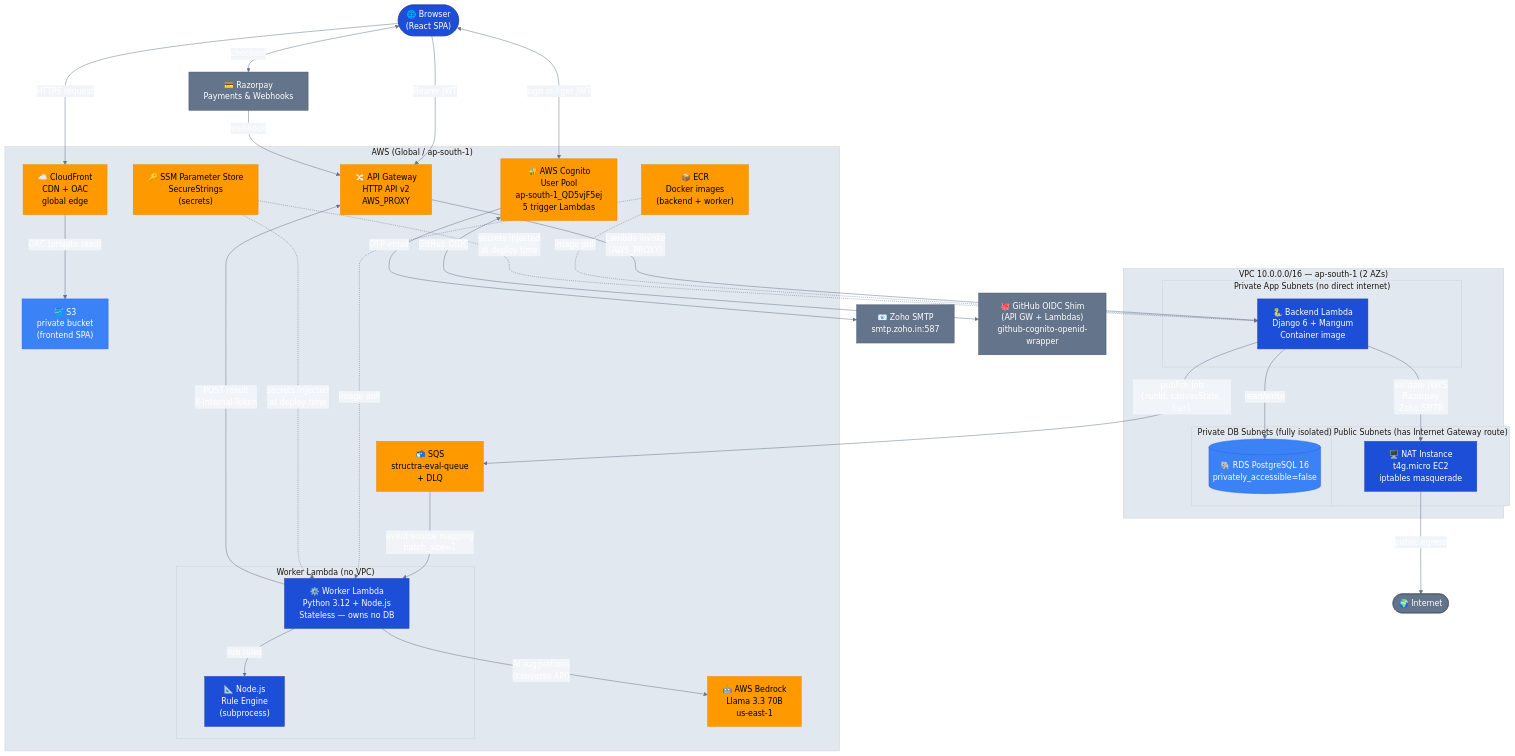
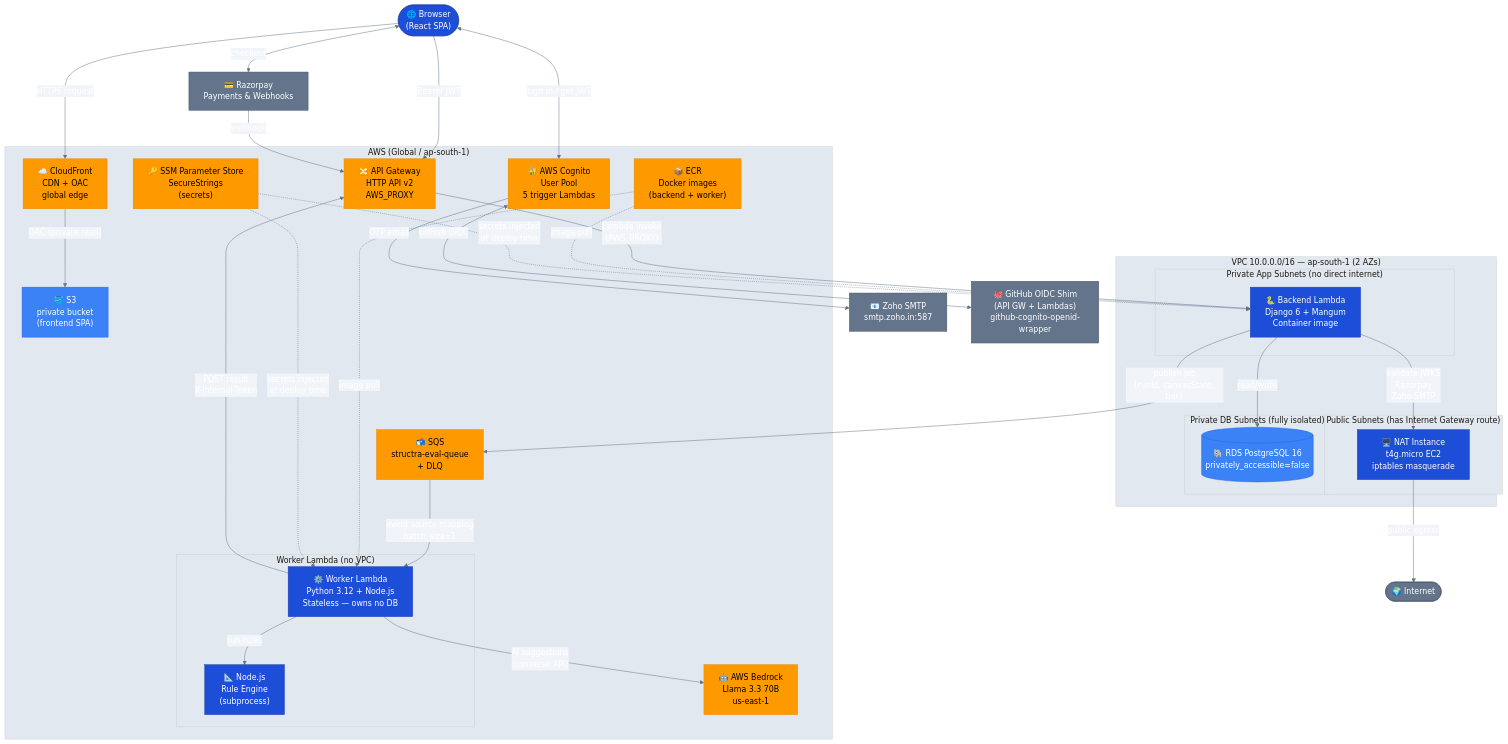
One commit to dibyajyoti-chakrabarti/structra changed the diagram in project-documentation/assets/architecture.mmd. Above: the diagram before and after it, drawn with Mermaid. The commit also changed 9 other files, not shown here.

```diff
--- a/project-documentation/assets/architecture.mmd
+++ b/project-documentation/assets/architecture.mmd
@@ -1,93 +1,93 @@
 %%{init: {"theme": "base", "themeVariables": {"primaryColor": "#1d4ed8", "primaryTextColor": "#ffffff", "primaryBorderColor": "#1e40af", "lineColor": "#64748b", "secondaryColor": "#f1f5f9", "tertiaryColor": "#e2e8f0"}} }%%
 flowchart TD
     %% ── External actors ──────────────────────────────────────────────
     Browser(["🌐 Browser\n(React SPA)"])
     Internet(["🌍 Internet"])
 
     %% ── AWS managed services (outside VPC) ───────────────────────────
     subgraph AWS_Global["AWS (Global / ap-south-1)"]
-        Cognito["🔐 AWS Cognito\nUser Pool\nap-south-1_QD5vjF5ej\n5 trigger Lambdas"]
+        Cognito["🔐 AWS Cognito\nUser Pool\n5 trigger Lambdas"]
         CF["☁️ CloudFront\nCDN + OAC\nglobal edge"]
         S3["🪣 S3\nprivate bucket\n(frontend SPA)"]
         APIGW["🔀 API Gateway\nHTTP API v2\nAWS_PROXY"]
         SQS["📬 SQS\nstructra-eval-queue\n+ DLQ"]
         SSM["🔑 SSM Parameter Store\nSecureStrings\n(secrets)"]
         ECR["📦 ECR\nDocker images\n(backend + worker)"]
 
         %% ── Worker Lambda (no VPC) ───────────────────────────────────
         subgraph WorkerLambda["Worker Lambda (no VPC)"]
             WLambda["⚙️ Worker Lambda\nPython 3.12 + Node.js\nStateless — owns no DB"]
             RuleEngine["📐 Node.js\nRule Engine\n(subprocess)"]
             WLambda -->|"run rules"| RuleEngine
         end
 
         Bedrock["🤖 AWS Bedrock\nLlama 3.3 70B\nus-east-1"]
     end
 
     %% ── VPC ──────────────────────────────────────────────────────────
     subgraph VPC["VPC 10.0.0.0/16 — ap-south-1 (2 AZs)"]
 
         subgraph PublicSubnets["Public Subnets (has Internet Gateway route)"]
             NAT["🖥️ NAT Instance\nt4g.micro EC2\niptables masquerade"]
         end
 
         subgraph PrivateAppSubnets["Private App Subnets (no direct internet)"]
             BLambda["🐍 Backend Lambda\nDjango 6 + Mangum\nContainer image"]
         end
 
         subgraph PrivateDBSubnets["Private DB Subnets (fully isolated)"]
             RDS[("🐘 RDS PostgreSQL 16\nprivately_accessible=false")]
         end
     end
 
     %% ── External services ────────────────────────────────────────────
     Zoho["📧 Zoho SMTP\nsmtp.zoho.in:587"]
     Razorpay["💳 Razorpay\nPayments & Webhooks"]
     GitHub_OAuth["🐙 GitHub OIDC Shim\n(API GW + Lambdas)\ngithub-cognito-openid-wrapper"]
 
     %% ── Flow: frontend load ──────────────────────────────────────────
     Browser -->|"HTTPS request"| CF
     CF -->|"OAC (private read)"| S3
 
     %% ── Flow: auth ───────────────────────────────────────────────────
     Browser <-->|"sign in / get JWT"| Cognito
     Cognito -->|"OTP email"| Zoho
     Cognito <-->|"GitHub OIDC"| GitHub_OAuth
 
     %% ── Flow: API calls ──────────────────────────────────────────────
     Browser -->|"Bearer JWT"| APIGW
     APIGW -->|"Lambda invoke\n(AWS_PROXY)"| BLambda
 
     %% ── Backend internal connections ─────────────────────────────────
     BLambda -->|"read/write"| RDS
     BLambda -->|"validate JWKS\nRazorpay\nZoho SMTP"| NAT
     NAT -->|"public egress"| Internet
     BLambda -->|"publish job\n{runId, canvasState, tier}"| SQS
 
     %% ── Worker trigger ───────────────────────────────────────────────
     SQS -->|"event source mapping\nbatch_size=1"| WLambda
     WLambda -->|"AI suggestions\n(converse API)"| Bedrock
     WLambda -->|"POST result\nX-Internal-Token"| APIGW
 
     %% ── Deploy path ──────────────────────────────────────────────────
     ECR -.->|"image pull"| BLambda
     ECR -.->|"image pull"| WLambda
     SSM -.->|"secrets injected\nat deploy time"| BLambda
     SSM -.->|"secrets injected\nat deploy time"| WLambda
 
     %% ── Payments ─────────────────────────────────────────────────────
     Browser <-->|"checkout"| Razorpay
     Razorpay -->|"webhook"| APIGW
 
     %% ── Styles ───────────────────────────────────────────────────────
     classDef aws fill:#FF9900,color:#000,stroke:#e88a00
     classDef lambda fill:#1d4ed8,color:#fff,stroke:#1e40af
     classDef storage fill:#3b82f6,color:#fff,stroke:#2563eb
     classDef external fill:#64748b,color:#fff,stroke:#475569
     classDef vpc fill:#f0fdf4,stroke:#16a34a
     classDef subnet fill:#fefce8,stroke:#ca8a04
 
     class Cognito,CF,APIGW,SQS,SSM,ECR,Bedrock aws
     class BLambda,WLambda,RuleEngine lambda
     class S3,RDS storage
     class Zoho,Razorpay,GitHub_OAuth,Internet external
```
